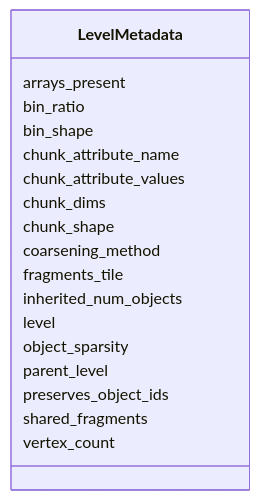
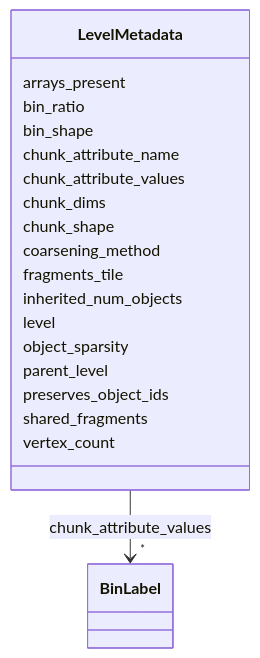
The tenth of 18 diagrams in schema/reference.md (AllenInstitute/zarr-vectors-py), drawn with Mermaid before and after one commit. The commit also changed other lines of this file and 25 other files, not shown here.

````diff
--- a/schema/reference.md
+++ b/schema/reference.md
@@ -5407,38 +3040,47 @@
 ```mermaid
  classDiagram
     class LevelMetadata
     click LevelMetadata href "../LevelMetadata/"
       LevelMetadata : arrays_present
         
       LevelMetadata : bin_ratio
         
       LevelMetadata : bin_shape
         
       LevelMetadata : chunk_attribute_name
         
       LevelMetadata : chunk_attribute_values
+        
+          
+    
+        
+        
+        LevelMetadata --> "*" BinLabel : chunk_attribute_values
+        click BinLabel href "../BinLabel/"
+    
+
         
       LevelMetadata : chunk_dims
         
       LevelMetadata : chunk_shape
         
       LevelMetadata : coarsening_method
         
       LevelMetadata : fragments_tile
         
       LevelMetadata : inherited_num_objects
         
       LevelMetadata : level
         
       LevelMetadata : object_sparsity
         
       LevelMetadata : parent_level
         
       LevelMetadata : preserves_object_ids
         
       LevelMetadata : shared_fragments
         
       LevelMetadata : vertex_count
         
       
 ```
````
